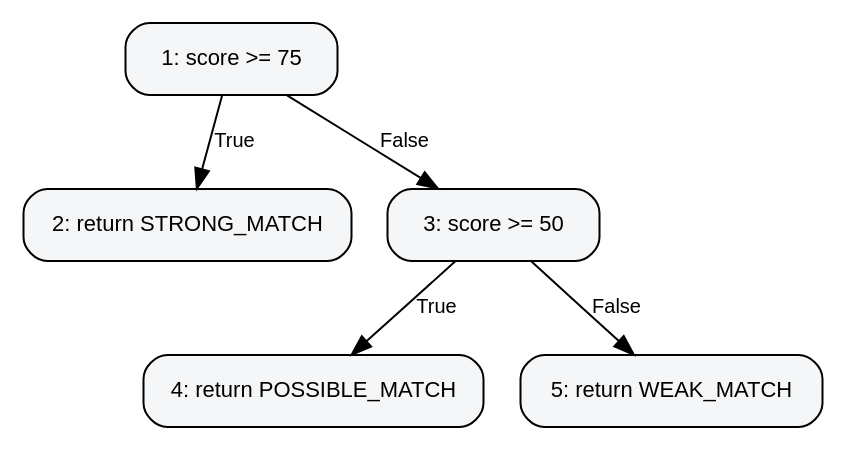
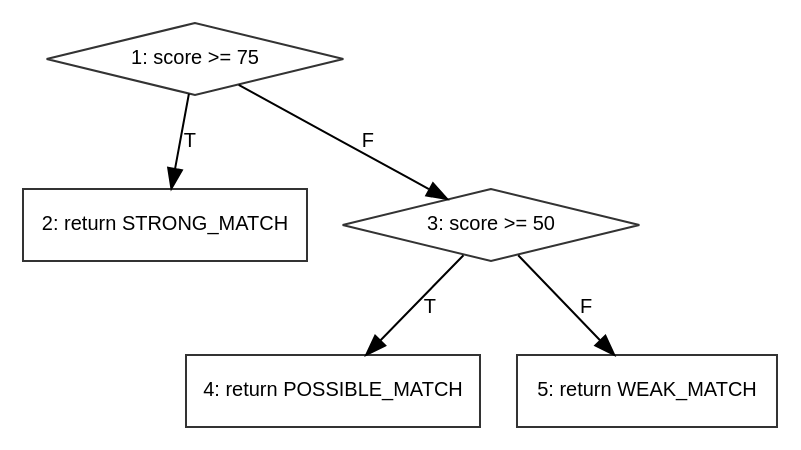
Before and after one commit to Meili1407/Software-Testing-LostFound: the diagram in report-assets/cfg/classifyScore.dot, drawn with Graphviz. The commit also changed 28 other files, not shown here.

```diff
--- a/report-assets/cfg/classifyScore.dot
+++ b/report-assets/cfg/classifyScore.dot
@@ -1,16 +1,16 @@
 digraph classifyScore {
   rankdir=TB;
-  node [shape=box, style="rounded,filled", fillcolor="#f5f6f8", fontname="Helvetica", fontsize=11, margin="0.15,0.1"];
+  node [shape=box, fontname="Helvetica", fontsize=10, color="#333333"];
   edge [fontname="Helvetica", fontsize=10];
 
-  N1 [label="1: score >= 75"];
+  N1 [shape=diamond, label="1: score >= 75"];
   N2 [label="2: return STRONG_MATCH"];
-  N3 [label="3: score >= 50"];
+  N3 [shape=diamond, label="3: score >= 50"];
   N4 [label="4: return POSSIBLE_MATCH"];
   N5 [label="5: return WEAK_MATCH"];
 
-  N1 -> N2 [label="True"];
-  N1 -> N3 [label="False"];
-  N3 -> N4 [label="True"];
-  N3 -> N5 [label="False"];
+  N1 -> N2 [label="T"];
+  N1 -> N3 [label="F"];
+  N3 -> N4 [label="T"];
+  N3 -> N5 [label="F"];
 }
```
